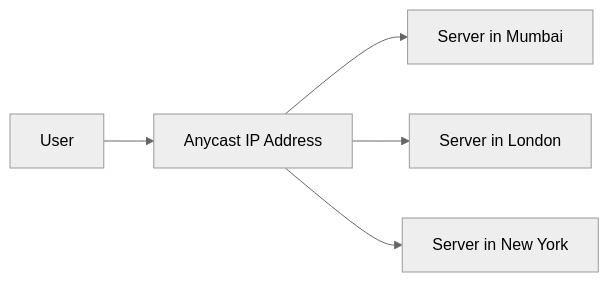
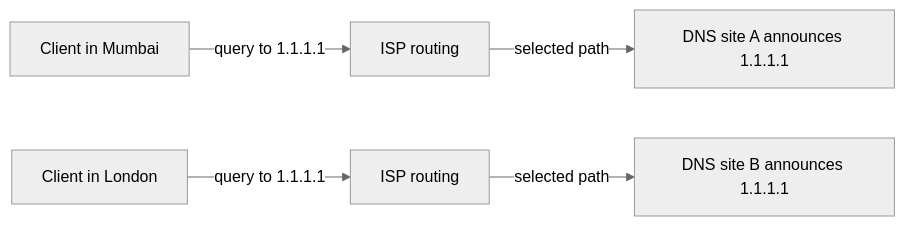
One commit to vanshbaranwal/backend-projects changed diagram 11 of 11 in computer-network/02-network-models/network-models.md. Above: the diagram before and after it, drawn with Mermaid (neutral theme). The commit also changed other lines of this file and 2 other files, not shown here.

Commit message:
docs(networking): refine notes, analogies, and diagrams

````diff
--- a/computer-network/02-network-models/network-models.md
+++ b/computer-network/02-network-models/network-models.md
@@ -380,7 +435,7 @@
 ```mermaid
 flowchart LR
-    U[User] --> A[Anycast IP Address]
-    A --> M[Server in Mumbai]
-    A --> L[Server in London]
-    A --> N[Server in New York]
+    M[Client in Mumbai] -->|query to 1.1.1.1| R1[ISP routing]
+    L[Client in London] -->|query to 1.1.1.1| R2[ISP routing]
+    R1 -->|selected path| S1[DNS site A announces 1.1.1.1]
+    R2 -->|selected path| S2[DNS site B announces 1.1.1.1]
 ```
````
